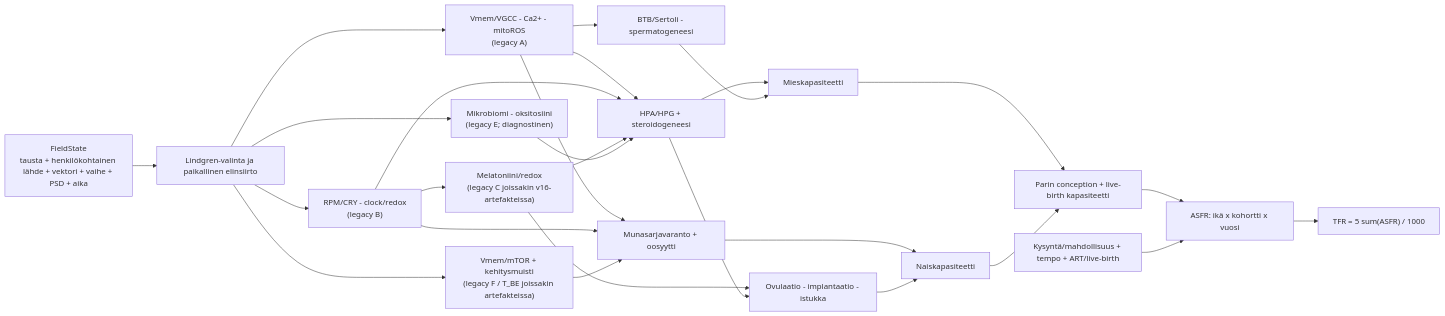
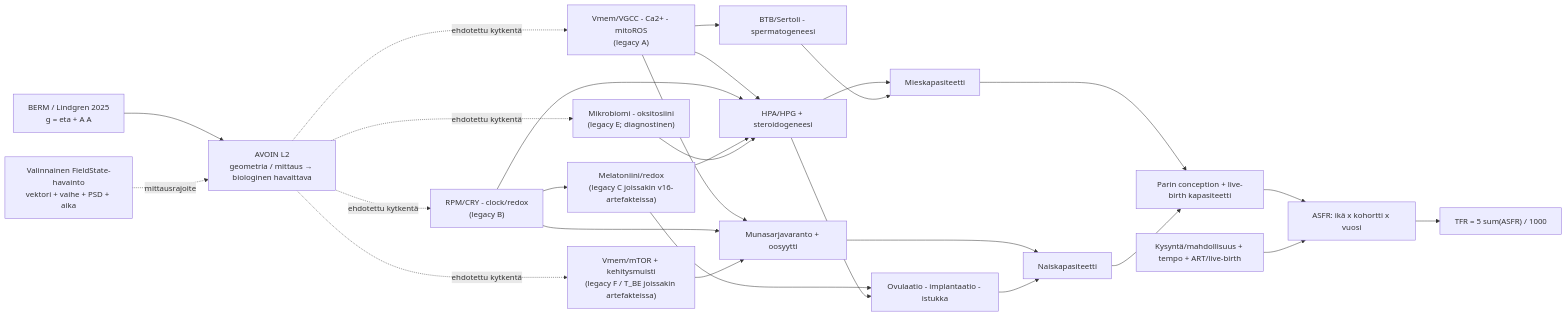
The diagram in berm/docs/fieldstate-asfr-v2.md (joetuotto/extinctionfield), drawn with Mermaid before and after one commit. The commit also changed other lines of this file and 95 other files, not shown here.

Commit message:
Separate BERM model from FieldState measurement

````diff
--- a/berm/docs/fieldstate-asfr-v2.md
+++ b/berm/docs/fieldstate-asfr-v2.md
@@ -29,45 +33,47 @@
 ```mermaid
 flowchart LR
-  FS["FieldState\ntausta + henkilökohtainen lähde + vektori + vaihe + PSD + aika"]
-  L["Lindgren-valinta ja paikallinen elinsiirto"]
+  G["BERM / Lindgren 2025\ng = eta + A A"]
+  FS["Valinnainen FieldState-havainto\nvektori + vaihe + PSD + aika"]
+  L["AVOIN L2\ngeometria / mittaus → biologinen havaittava"]
   A["Vmem/VGCC - Ca2+ - mitoROS\n(legacy A)"]
   B["RPM/CRY - clock/redox\n(legacy B)"]
   R["Melatoniini/redox\n(legacy C joissakin v16-artefakteissa)"]
   V["Vmem/mTOR + kehitysmuisti\n(legacy F / T_BE joissakin artefakteissa)"]
   X["Mikrobiomi - oksitosiini\n(legacy E; diagnostinen)"]
   H["HPA/HPG + steroidogeneesi"]
   BTB["BTB/Sertoli - spermatogeneesi"]
   O["Munasarjavaranto + oosyytti"]
   I["Ovulaatio - implantaatio - istukka"]
   M["Mieskapasiteetti"]
   F["Naiskapasiteetti"]
   C["Parin conception + live-birth kapasiteetti"]
   ASFR["ASFR: ikä x kohortti x vuosi"]
   TFR["TFR = 5 sum(ASFR) / 1000"]
   DU["Kysyntä/mahdollisuus + tempo + ART/live-birth"]
-  FS --> L
-  L --> A
-  L --> B
-  L --> V
-  L --> X
+  G --> L
+  FS -. mittausrajoite .-> L
+  L -. ehdotettu kytkentä .-> A
+  L -. ehdotettu kytkentä .-> B
+  L -. ehdotettu kytkentä .-> V
+  L -. ehdotettu kytkentä .-> X
   B --> R
   A --> BTB
   A --> O
   A --> H
   B --> H
   B --> O
   R --> H
   R --> I
   V --> O
   X --> H
   H --> M
   H --> I
   BTB --> M
   O --> F
   I --> F
   M --> C
   F --> C
   C --> ASFR
   DU --> ASFR
   ASFR --> TFR
 ```
````
